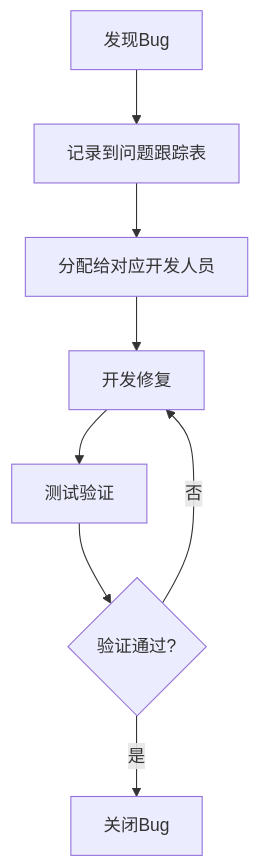
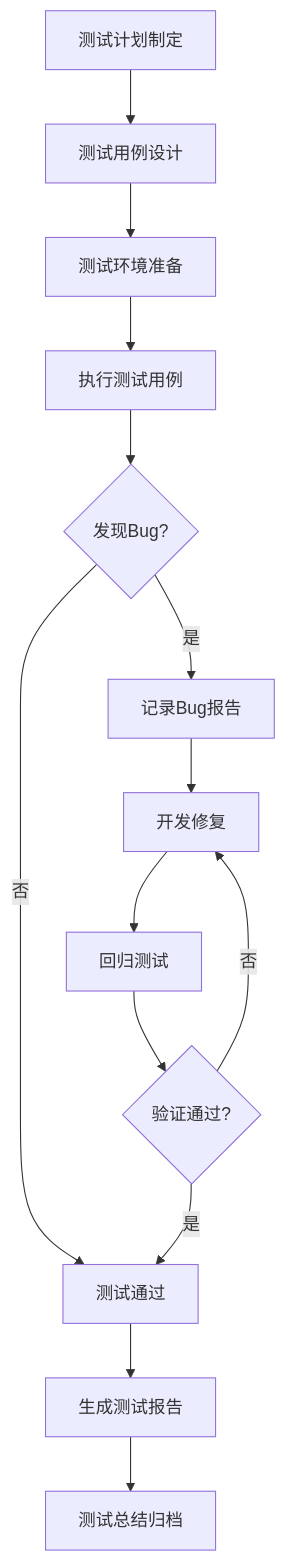
Before and after one commit to Licus7/FlowerC: the second of 3 diagrams in Python学习网站第二版/FlowerC文档/FlowerC测试文档v2.0/FlowerC测试文档.md, drawn with Mermaid. The commit also changed other lines of this file and 20 other files, not shown here.

````diff
--- a/Python学习网站第二版/FlowerC文档/FlowerC测试文档v2.0/FlowerC测试文档.md
+++ b/Python学习网站第二版/FlowerC文档/FlowerC测试文档v2.0/FlowerC测试文档.md
@@ -263,10 +316,16 @@
 ```mermaid
 flowchart TD
-    A[发现Bug] --> B[记录到问题跟踪表]
-    B --> C[分配给对应开发人员]
-    C --> D[开发修复]
-    D --> E[测试验证]
-    E --> F{验证通过?}
-    F -->|是| G[关闭Bug]
-    F -->|否| D
+    A[测试计划制定] --> B[测试用例设计]
+    B --> C[测试环境准备]
+    C --> D[执行测试用例]
+    D --> E{发现Bug?}
+    E -->|是| F[记录Bug报告]
+    E -->|否| G[测试通过]
+    F --> H[开发修复]
+    H --> I[回归测试]
+    I --> J{验证通过?}
+    J -->|是| G
+    J -->|否| H
+    G --> K[生成测试报告]
+    K --> L[测试总结归档]
 ```
````
